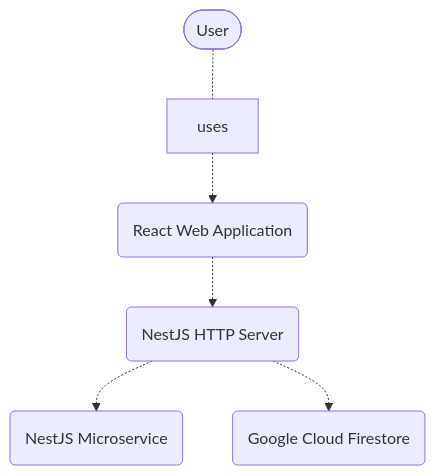
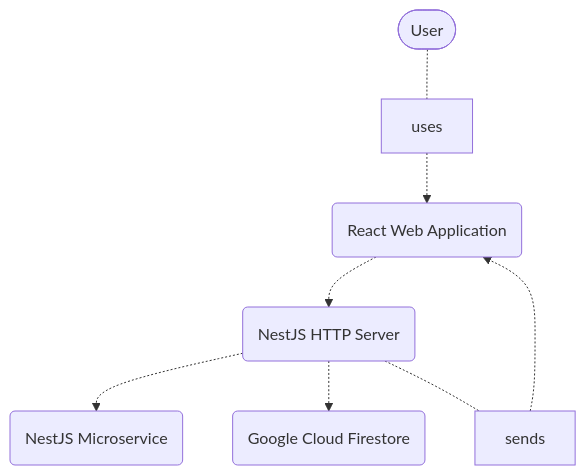
One commit to AndreiVaida/PhotoCameraStore-Microservices changed the first of 6 diagrams in README.md. Above: the diagram before and after it, drawn with Mermaid. The commit also changed other lines of this file and 10 other files, not shown here.

Commit message:
Added socket.io WebSocket between Server and Web client.

````diff
--- a/README.md
+++ b/README.md
@@ -57,7 +65,8 @@
 ```mermaid
 graph TD
     User([User])-.-uses-.->WebApplication(React Web Application)
     WebApplication-.->HttpServer(NestJS HTTP Server)
     HttpServer-.->Microservice(NestJS Microservice)
     HttpServer-.->GoogleCloudFirestore(Google Cloud Firestore)
+    HttpServer-.-sends-.->WebApplication
 ```
````
